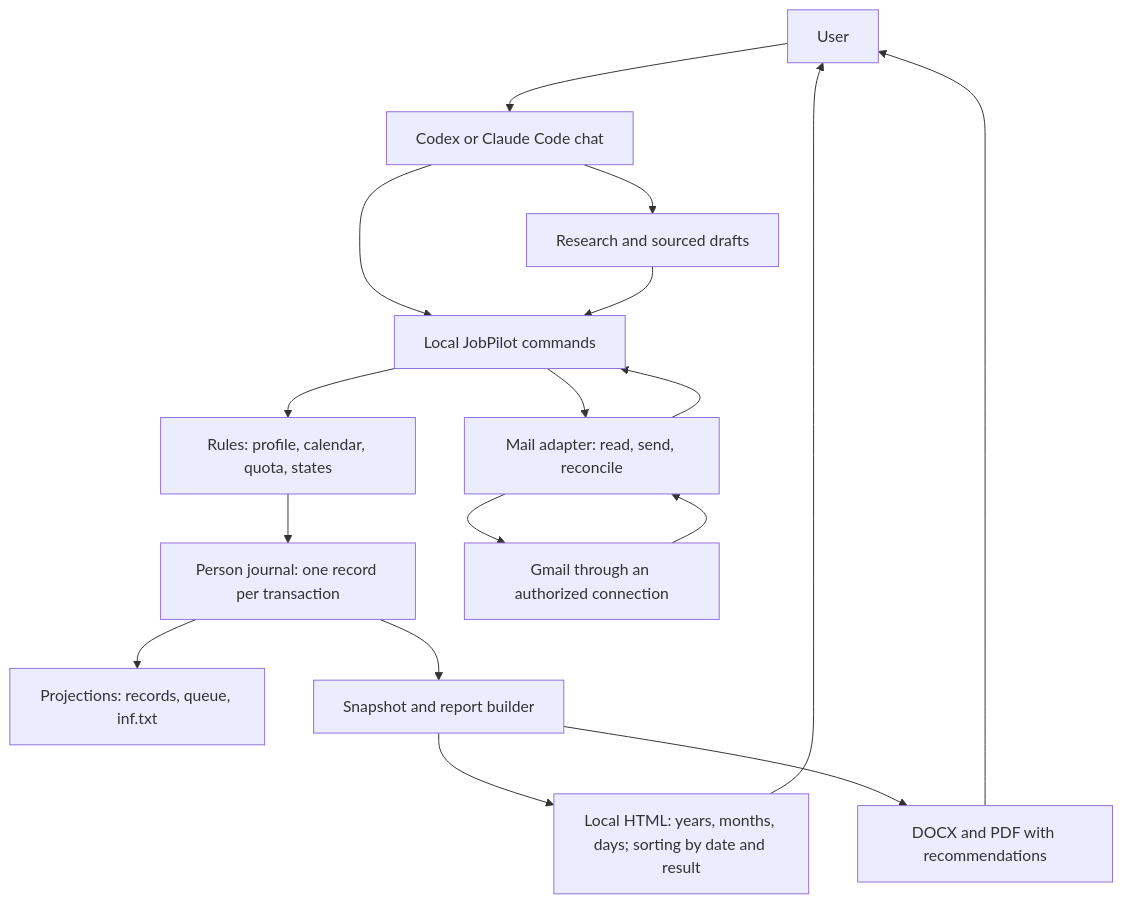
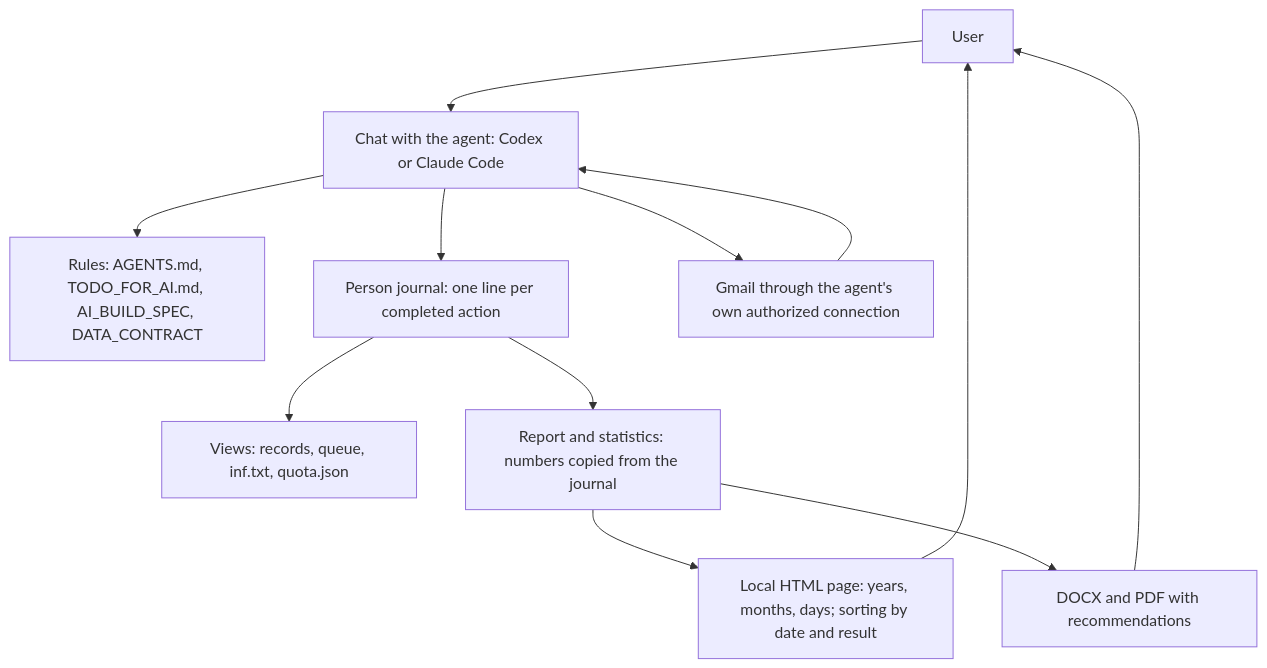
Before and after one commit to HomenSAI/homensai-jobpilot: the diagram in ARCHITECTURE.md, drawn with Mermaid. The commit also changed other lines of this file and 31 other files, not shown here.

First line of the commit message:
Rules and files only: no program code (version 1.3.0)

````diff
--- a/ARCHITECTURE.md
+++ b/ARCHITECTURE.md
@@ -15,19 +20,14 @@
 ```mermaid
 flowchart TD
-    U[User] --> A[Codex or Claude Code chat]
-    A --> C[Local JobPilot commands]
-    A --> R[Research and sourced drafts]
-    R --> C
-    C --> D[Rules: profile, calendar, quota, states]
-    D --> J[Person journal: one record per transaction]
-    J --> P[Projections: records, queue, inf.txt]
-    C --> M[Mail adapter: read, send, reconcile]
-    M --> G[Gmail through an authorized connection]
-    G --> M
-    M --> C
-    J --> B[Snapshot and report builder]
-    B --> H[Local HTML: years, months, days; sorting by date and result]
+    U[User] --> A[Chat with the agent: Codex or Claude Code]
+    A --> R[Rules: AGENTS.md, TODO_FOR_AI.md, AI_BUILD_SPEC, DATA_CONTRACT]
+    A --> J[Person journal: one line per completed action]
+    J --> P[Views: records, queue, inf.txt, quota.json]
+    A --> M[Gmail through the agent's own authorized connection]
+    M --> A
+    J --> B[Report and statistics: numbers copied from the journal]
+    B --> H[Local HTML page: years, months, days; sorting by date and result]
     B --> F[DOCX and PDF with recommendations]
     H --> U
     F --> U
 ```
````
